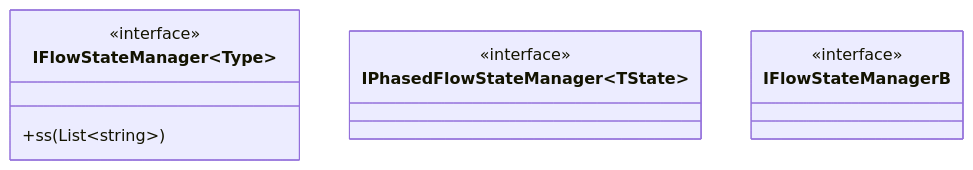
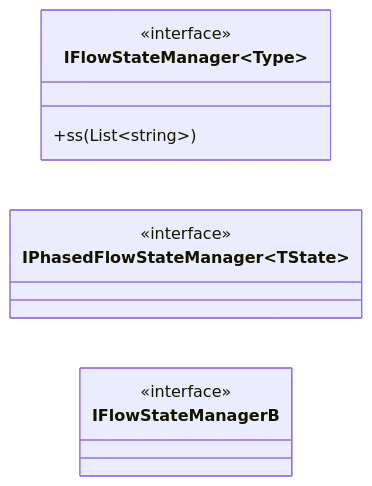
The fourth of 4 diagrams in GMA/WorkFlow/FlowStateManager.md (rmikula/Documentation), drawn with Mermaid before and after one commit. The commit also changed other lines of this file, not shown here.

Commit message:
GMA/WorkFlow/FlowStateManager.md updated from https://stackedit.io/

````diff
--- a/GMA/WorkFlow/FlowStateManager.md
+++ b/GMA/WorkFlow/FlowStateManager.md
@@ -48,14 +48,14 @@
 ```mermaid
 classDiagram
-	
+	direction LR
     class IFlowStateManager~Type~ {
     <<interface>>
     +ss(List~string~)
     }
     class IPhasedFlowStateManager~TState~ {
     <<interface>>
     }
     class IFlowStateManagerB {
     <<interface>>    
     }
 ```
````
